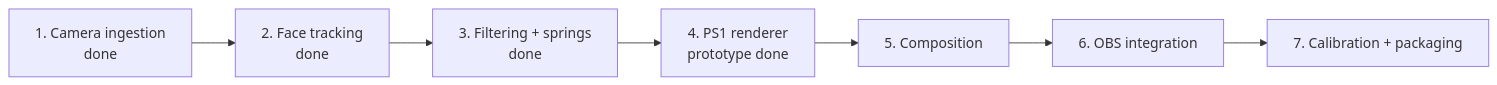
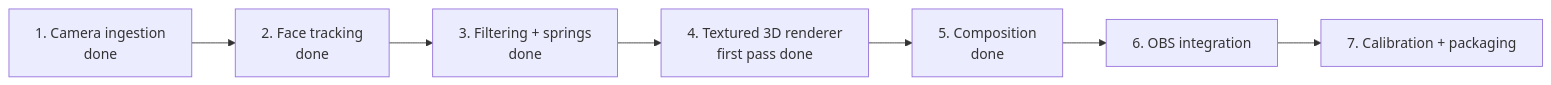
Before and after one commit to Zanark/KardboardCode-VTuber: the first of 3 diagrams in docs/08-roadmap/README.md, drawn with Mermaid. The commit also changed other lines of this file and 11 other files, not shown here.

First line of the commit message:
Add textured GPU 3D renderer

````diff
--- a/docs/08-roadmap/README.md
+++ b/docs/08-roadmap/README.md
@@ -9,9 +9,9 @@
 ```mermaid
 flowchart LR
     Done["1. Camera ingestion<br/>done"] --> Track["2. Face tracking<br/>done"]
     Track --> Filter["3. Filtering + springs<br/>done"]
-    Filter --> Render["4. PS1 renderer<br/>prototype done"]
-    Render --> Compose["5. Composition"]
+    Filter --> Render["4. Textured 3D renderer<br/>first pass done"]
+    Render --> Compose["5. Composition<br/>done"]
     Compose --> OBS["6. OBS integration"]
     OBS --> Polish["7. Calibration + packaging"]
 ```
````
